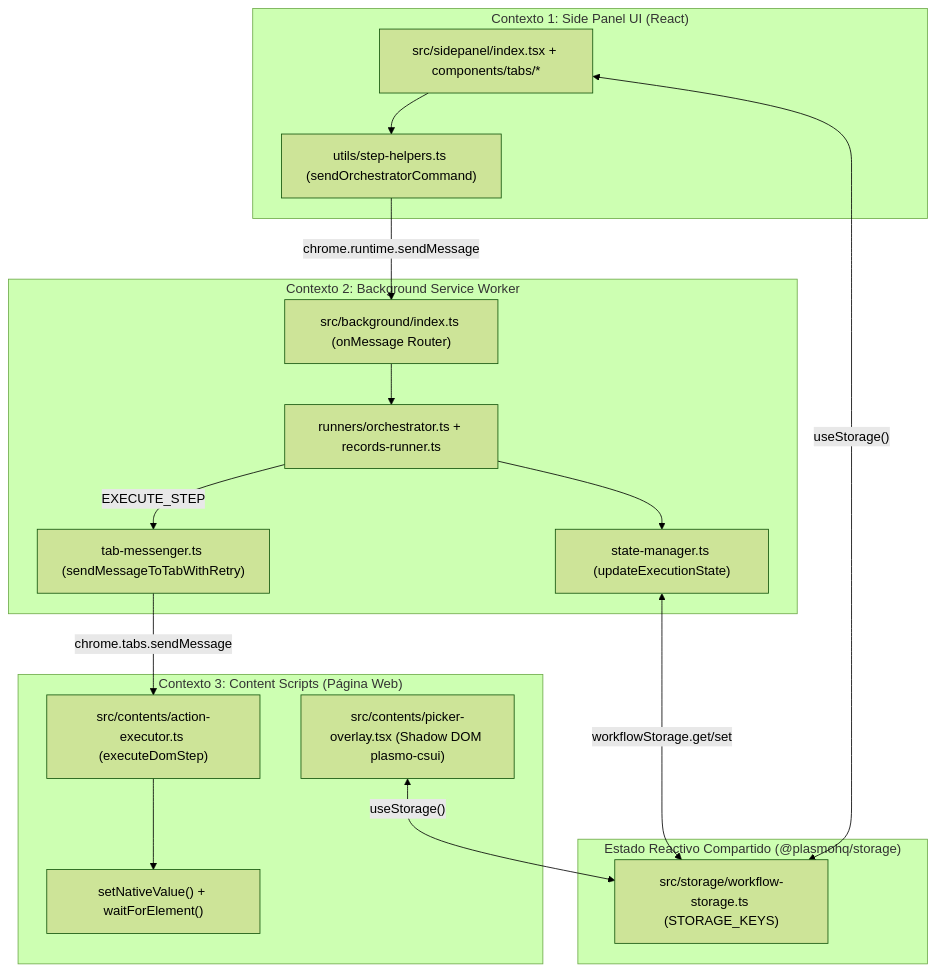
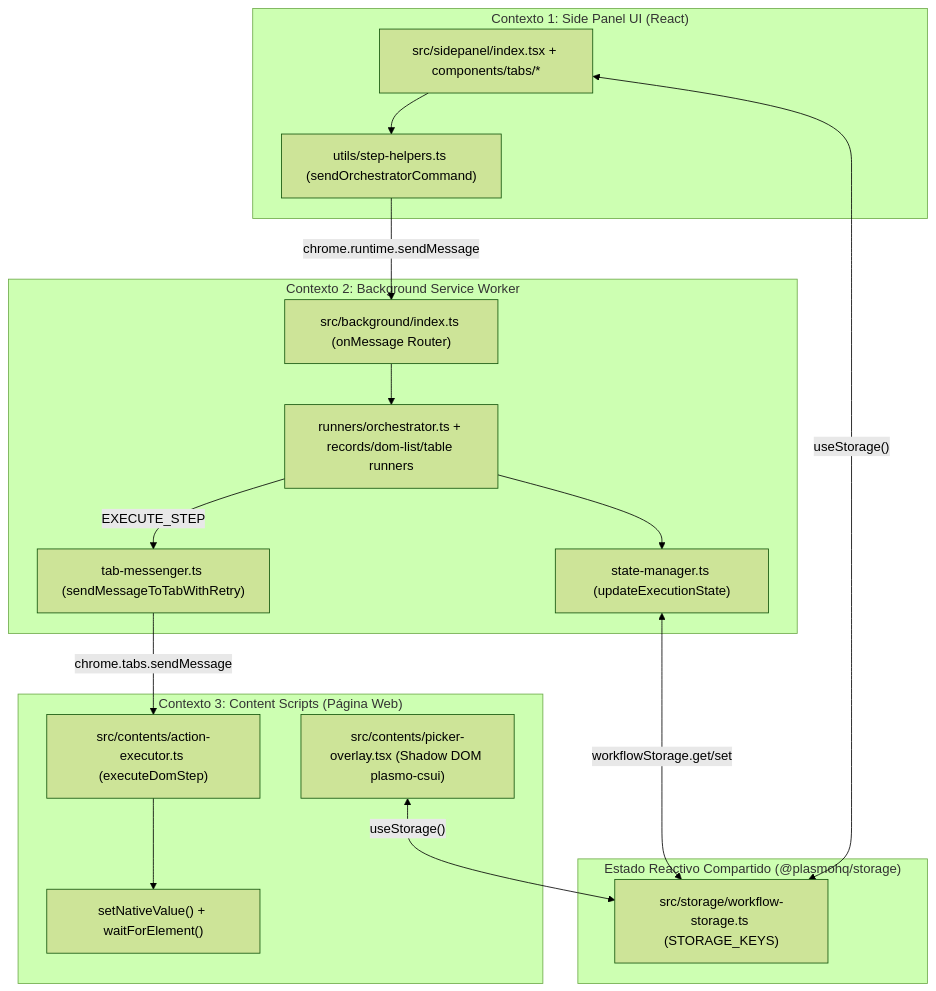
Before and after one commit to cccg8105/cccg_web_extension: the first of 4 diagrams in docs/01-arquitectura-y-flujo.md, drawn with Mermaid (forest theme). The commit also changed other lines of this file and 36 other files, not shown here.

````diff
--- a/docs/01-arquitectura-y-flujo.md
+++ b/docs/01-arquitectura-y-flujo.md
@@ -11,36 +11,36 @@
 ```mermaid
 flowchart TB
   subgraph SidePanelContext ["Contexto 1: Side Panel UI (React)"]
     SidePanel["src/sidepanel/index.tsx + components/tabs/*"]
     SendCmd["utils/step-helpers.ts (sendOrchestratorCommand)"]
   end
 
   subgraph StorageLayer ["Estado Reactivo Compartido (@plasmohq/storage)"]
     LocalStorage["src/storage/workflow-storage.ts (STORAGE_KEYS)"]
   end
 
   subgraph BackgroundContext ["Contexto 2: Background Service Worker"]
     MsgListener["src/background/index.ts (onMessage Router)"]
-    Orchestrator["runners/orchestrator.ts + records-runner.ts"]
+    Orchestrator["runners/orchestrator.ts + records/dom-list/table runners"]
     TabMessenger["tab-messenger.ts (sendMessageToTabWithRetry)"]
     StateMgr["state-manager.ts (updateExecutionState)"]
   end
 
   subgraph ContentContext ["Contexto 3: Content Scripts (Página Web)"]
     Picker["src/contents/picker-overlay.tsx (Shadow DOM plasmo-csui)"]
     Executor["src/contents/action-executor.ts (executeDomStep)"]
     NativeSetter["setNativeValue() + waitForElement()"]
   end
 
   SidePanel --> SendCmd
   SendCmd -->|"chrome.runtime.sendMessage"| MsgListener
   MsgListener --> Orchestrator
   Orchestrator -->|"EXECUTE_STEP"| TabMessenger
   Orchestrator --> StateMgr
   TabMessenger -->|"chrome.tabs.sendMessage"| Executor
   Executor --> NativeSetter
 
   SidePanel <-->|"useStorage()"| LocalStorage
   StateMgr <-->|"workflowStorage.get/set"| LocalStorage
   Picker <-->|"useStorage()"| LocalStorage
 ```
````
